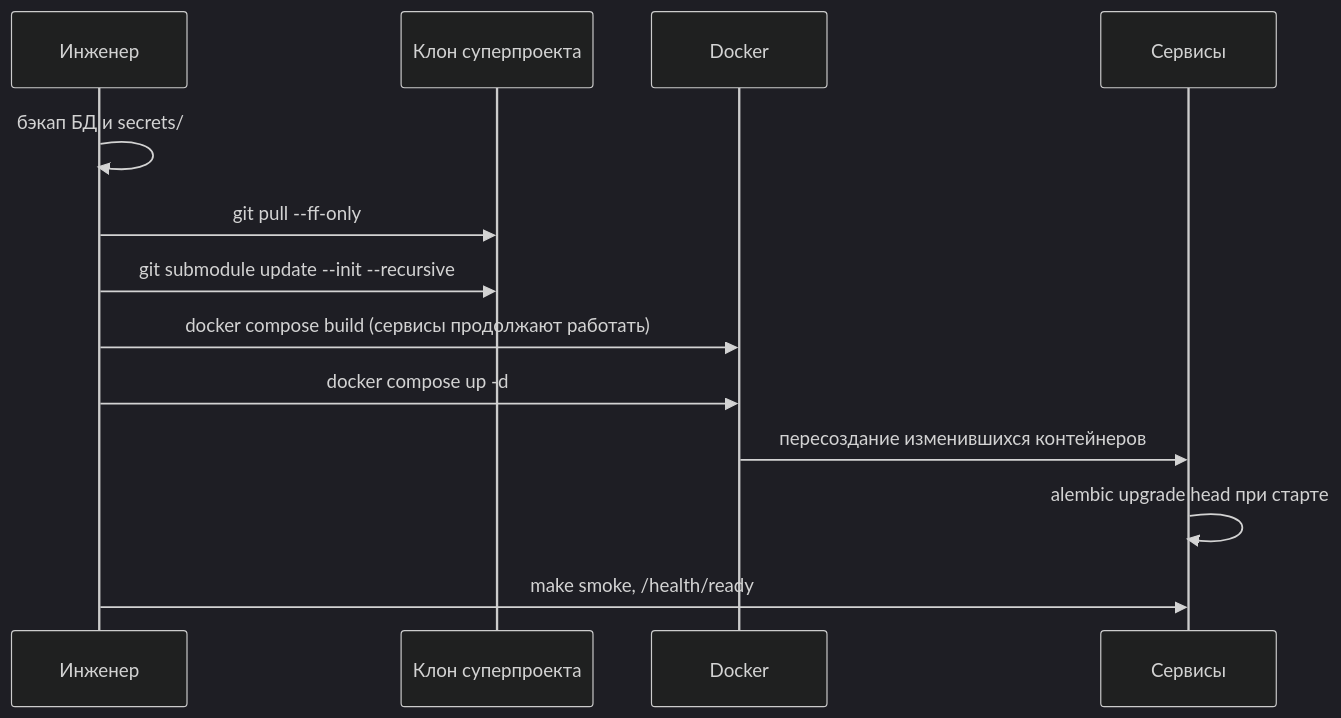
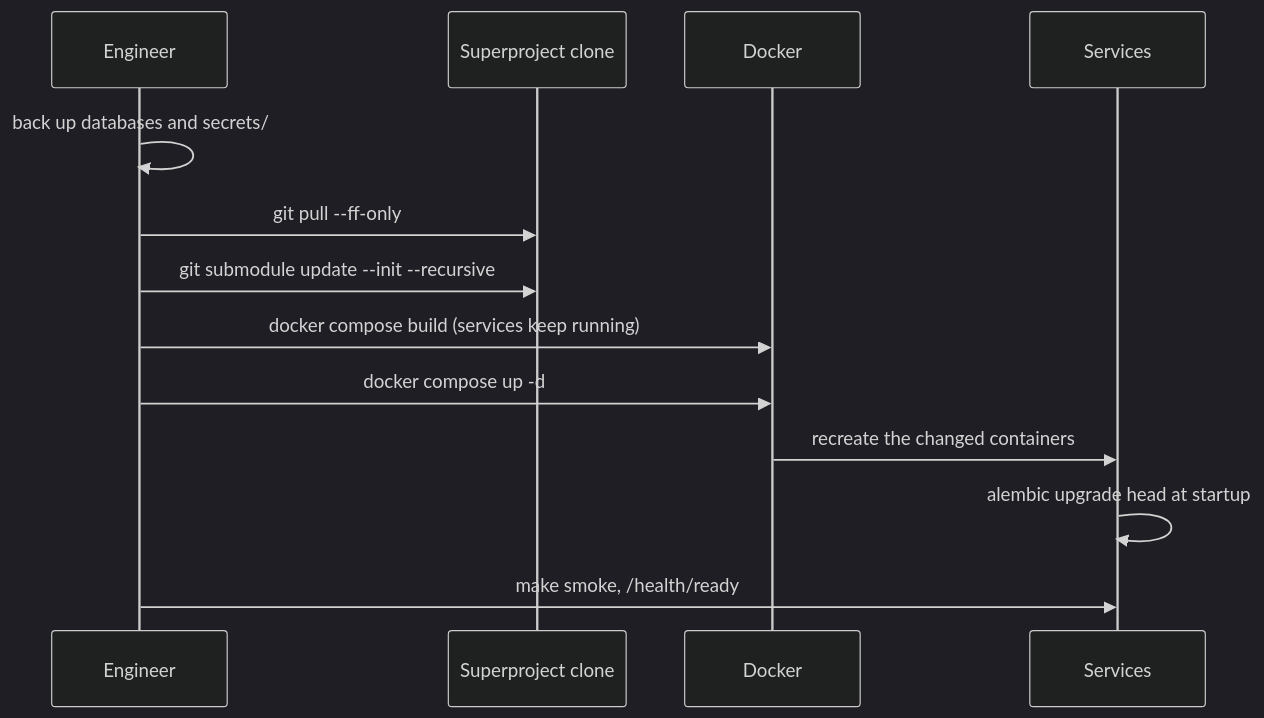
The diagram in guide/docs/operations/upgrades.md (monthu56/taimen), drawn with Mermaid (dark theme) before and after one commit. The commit also changed other lines of this file and 183 other files, not shown here.

````diff
--- a/guide/docs/operations/upgrades.md
+++ b/guide/docs/operations/upgrades.md
@@ -15,15 +18,15 @@
 ```mermaid
 sequenceDiagram
-    participant Op as Инженер
-    participant Git as Клон суперпроекта
+    participant Op as Engineer
+    participant Git as Superproject clone
     participant D as Docker
-    participant Svc as Сервисы
-    Op->>Op: бэкап БД и secrets/
+    participant Svc as Services
+    Op->>Op: back up databases and secrets/
     Op->>Git: git pull --ff-only
     Op->>Git: git submodule update --init --recursive
-    Op->>D: docker compose build (сервисы продолжают работать)
+    Op->>D: docker compose build (services keep running)
     Op->>D: docker compose up -d
-    D->>Svc: пересоздание изменившихся контейнеров
-    Svc->>Svc: alembic upgrade head при старте
+    D->>Svc: recreate the changed containers
+    Svc->>Svc: alembic upgrade head at startup
     Op->>Svc: make smoke, /health/ready
 ```
````
